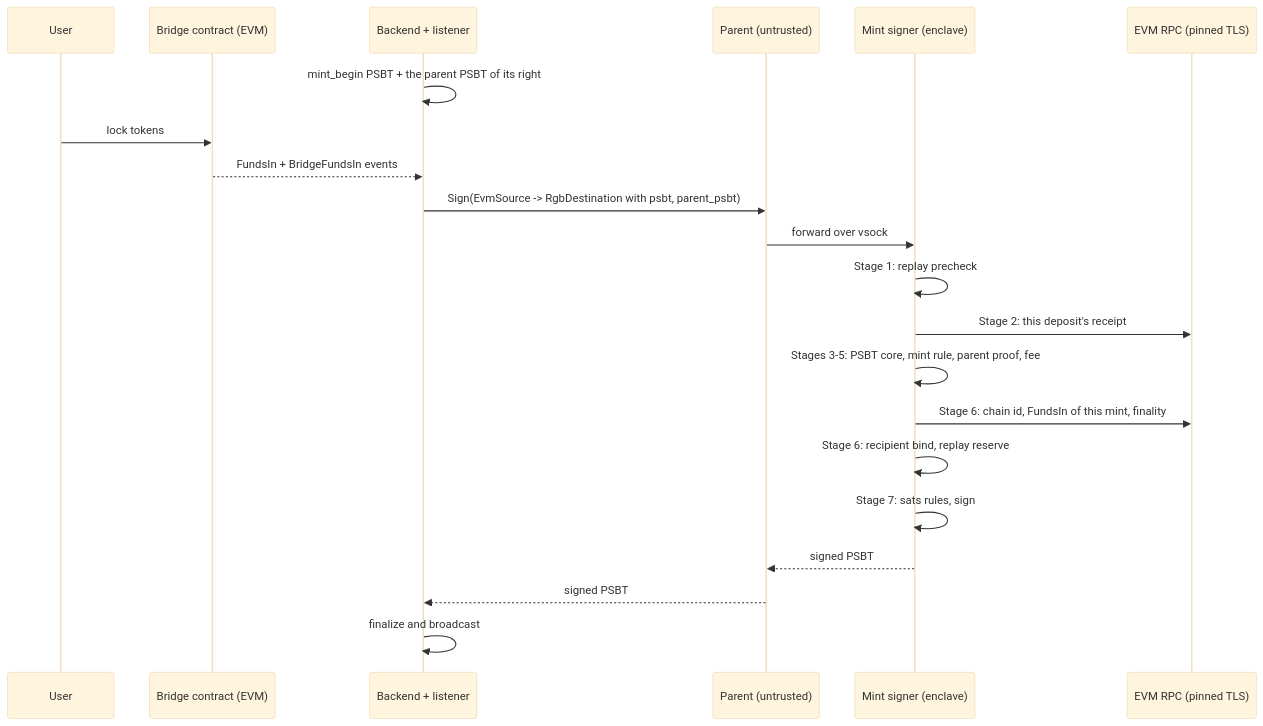
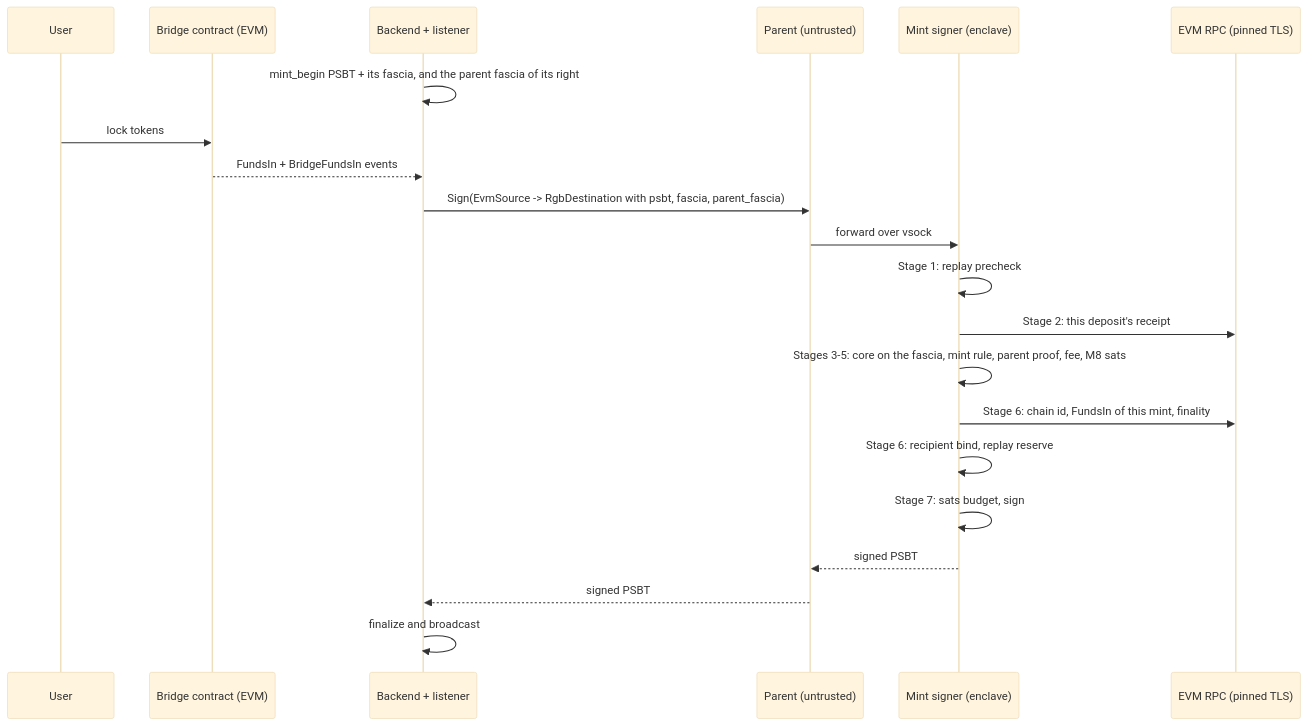
One commit to UTEXO-Protocol/enclave-signer changed the diagram in docs/mint-flow.md. Above: the diagram before and after it, drawn with Mermaid (base theme). The commit also changed other lines of this file and 129 other files, not shown here.

````diff
--- a/docs/mint-flow.md
+++ b/docs/mint-flow.md
@@ -81,24 +94,24 @@
 ```mermaid
 sequenceDiagram
     participant U as User
     participant C as Bridge contract (EVM)
     participant L as Backend + listener
     participant P as Parent (untrusted)
     participant E as Mint signer (enclave)
     participant R as EVM RPC (pinned TLS)
 
-    L->>L: mint_begin PSBT + the parent PSBT of its right
+    L->>L: mint_begin PSBT + its fascia, and the parent fascia of its right
     U->>C: lock tokens
     C-->>L: FundsIn + BridgeFundsIn events
-    L->>P: Sign(EvmSource -> RgbDestination with psbt, parent_psbt)
+    L->>P: Sign(EvmSource -> RgbDestination with psbt, fascia, parent_fascia)
     P->>E: forward over vsock
     E->>E: Stage 1: replay precheck
     E->>R: Stage 2: this deposit's receipt
-    E->>E: Stages 3-5: PSBT core, mint rule, parent proof, fee
+    E->>E: Stages 3-5: core on the fascia, mint rule, parent proof, fee, M8 sats
     E->>R: Stage 6: chain id, FundsIn of this mint, finality
     E->>E: Stage 6: recipient bind, replay reserve
-    E->>E: Stage 7: sats rules, sign
+    E->>E: Stage 7: sats budget, sign
     E-->>P: signed PSBT
     P-->>L: signed PSBT
     L->>L: finalize and broadcast
 ```
````
